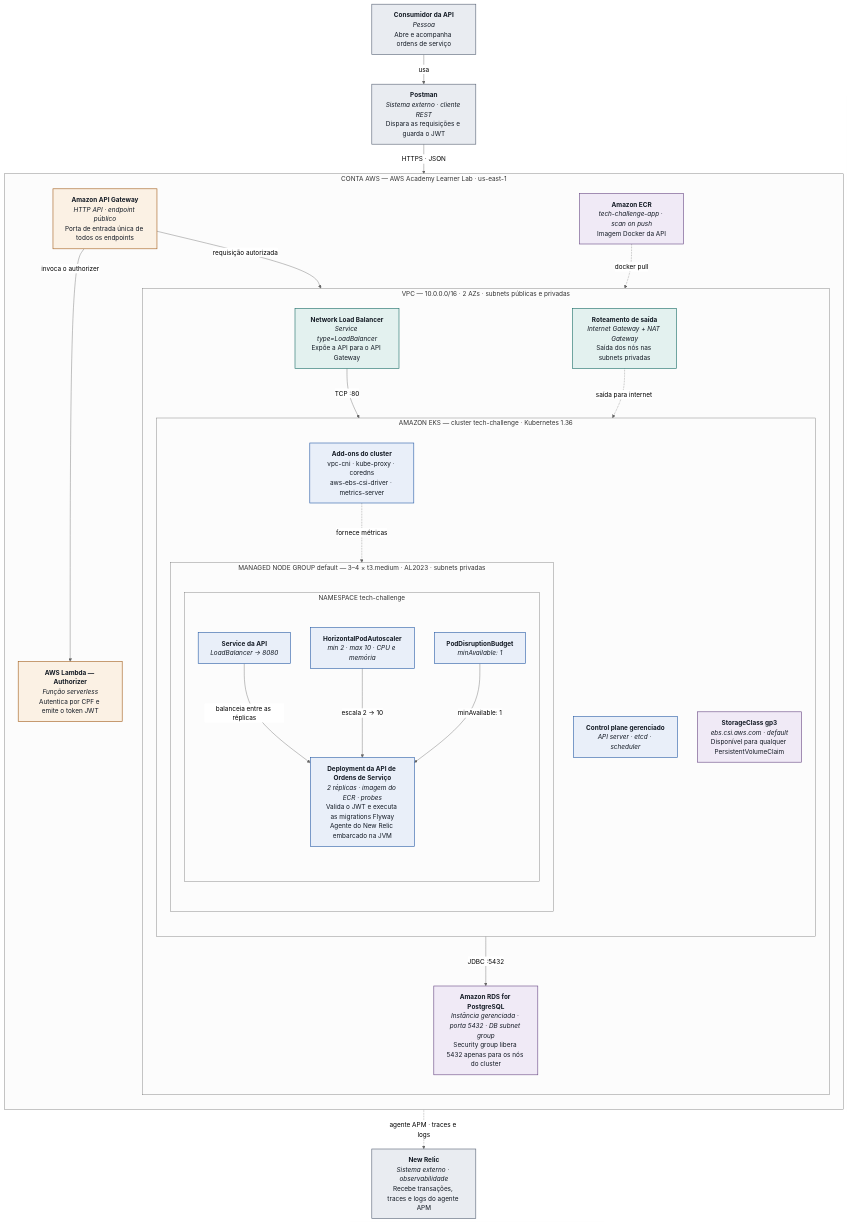
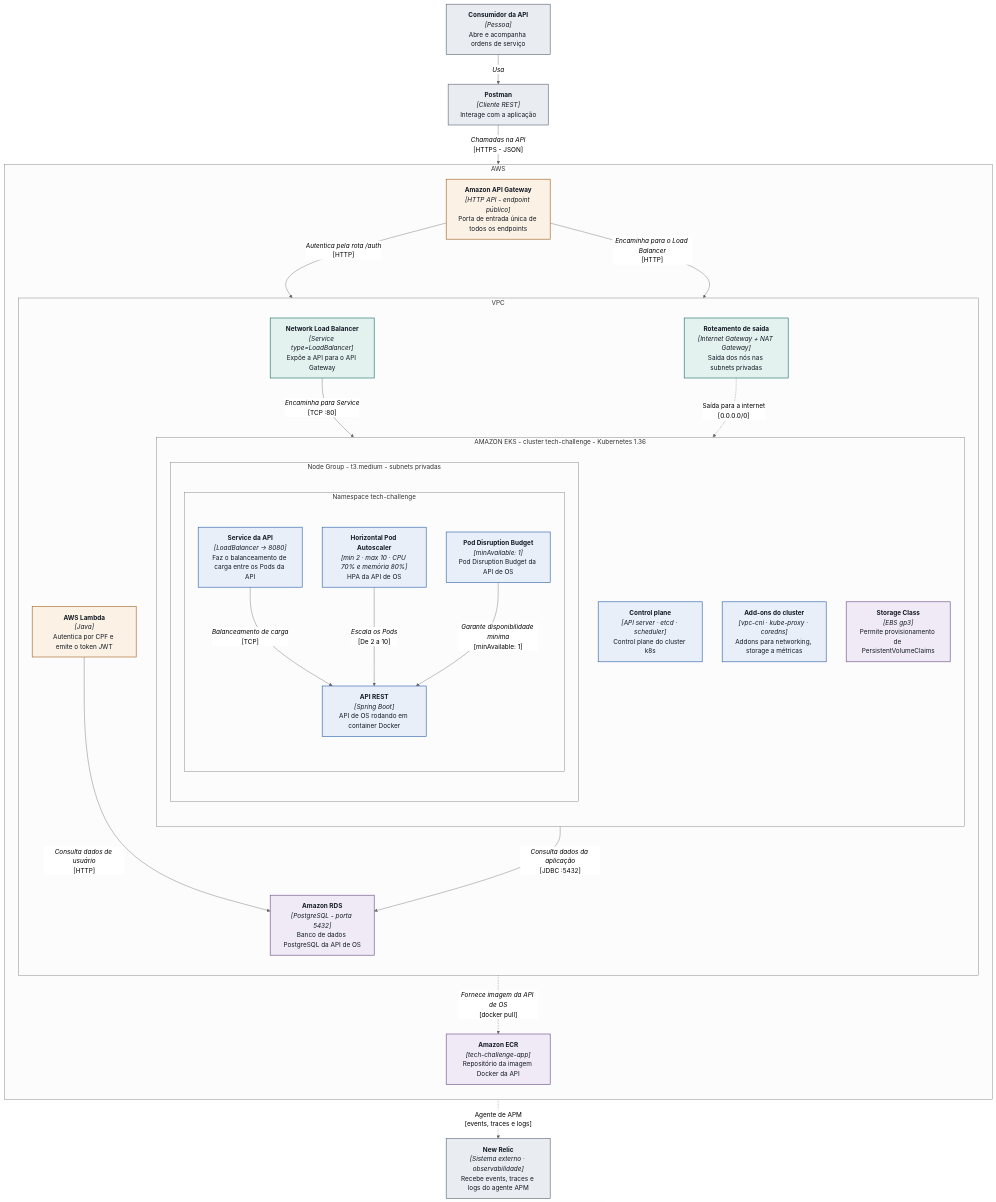
One commit to rafaelllsilva/fiap-fase3-infraestrutura changed the diagram in docs/diagrama-componentes-c4.md. Above: the diagram before and after it, drawn with Mermaid (neutral theme). The commit also changed other lines of this file, not shown here.

Commit message:
Atualizado diagrama de componentes

````diff
--- a/docs/diagrama-componentes-c4.md
+++ b/docs/diagrama-componentes-c4.md
@@ -25,69 +7,69 @@
 ```mermaid
 flowchart TB
   classDef externo    fill:#E9ECF1,stroke:#5A6577,stroke-width:1.5px,color:#131A24
   classDef borda      fill:#FBF1E4,stroke:#A4611F,stroke-width:1.5px,color:#131A24
   classDef rede       fill:#E3F1EF,stroke:#1B6E68,stroke-width:1.5px,color:#131A24
   classDef k8s        fill:#E9EFF9,stroke:#2B5FA8,stroke-width:1.5px,color:#131A24
   classDef dados      fill:#F0EAF6,stroke:#6A4A85,stroke-width:1.5px,color:#131A24
 
-  pessoa["<b>Consumidor da API</b><br/><i>Pessoa</i><br/>Abre e acompanha ordens de serviço"]
-  postman["<b>Postman</b><br/><i>Sistema externo · cliente REST</i><br/>Dispara as requisições e guarda o JWT"]
-  newrelic["<b>New Relic</b><br/><i>Sistema externo · observabilidade</i><br/>Recebe transações, traces e logs do agente APM"]
+  pessoa["<b>Consumidor da API</b><br/><i>[Pessoa]</i><br/>Abre e acompanha ordens de serviço"]
+  postman["<b>Postman</b><br/><i>[Cliente REST]</i><br/>Interage com a aplicação"]
+  newrelic["<b>New Relic</b><br/><i>[Sistema externo · observabilidade]</i><br/>Recebe events, traces e logs do agente APM"]
 
-  subgraph aws["CONTA AWS — AWS Academy Learner Lab · us-east-1"]
+  subgraph aws["AWS"]
     direction TB
 
-    apigw["<b>Amazon API Gateway</b><br/><i>HTTP API · endpoint público</i><br/>Porta de entrada única de todos os endpoints"]
-    lambda["<b>AWS Lambda — Authorizer</b><br/><i>Função serverless</i><br/>Autentica por CPF e emite o token JWT"]
-    ecr["<b>Amazon ECR</b><br/><i>tech-challenge-app · scan on push</i><br/>Imagem Docker da API"]
+    apigw["<b>Amazon API Gateway</b><br/><i>[HTTP API - endpoint público]</i><br/>Porta de entrada única de todos os endpoints"]
+    ecr["<b>Amazon ECR</b><br/><i>[tech-challenge-app]</i><br/>Repositório da imagem Docker da API"]
 
-    subgraph vpc["VPC — 10.0.0.0/16 · 2 AZs · subnets públicas e privadas"]
+    subgraph vpc["VPC"]
       direction TB
 
-      nlb["<b>Network Load Balancer</b><br/><i>Service type=LoadBalancer</i><br/>Expõe a API para o API Gateway"]
-      rota["<b>Roteamento de saída</b><br/><i>Internet Gateway + NAT Gateway</i><br/>Saída dos nós nas subnets privadas"]
-      rds["<b>Amazon RDS for PostgreSQL</b><br/><i>Instância gerenciada · porta 5432 · DB subnet group</i><br/>Security group libera 5432 apenas para os nós do cluster"]
+      nlb["<b>Network Load Balancer</b><br/><i>[Service type=LoadBalancer]</i><br/>Expõe a API para o API Gateway"]
+      rota["<b>Roteamento de saída</b><br/><i>[Internet Gateway + NAT Gateway]</i><br/>Saída dos nós nas subnets privadas"]
+      rds["<b>Amazon RDS</b><br/><i>[PostgreSQL - porta 5432]</i><br/>Banco de dados PostgreSQL da API de OS"]
+      lambda["<b>AWS Lambda</b><br/><i>[Java]</i><br/>Autentica por CPF e emite o token JWT"]
 
-      subgraph eks["AMAZON EKS — cluster tech-challenge · Kubernetes 1.36"]
+      subgraph eks["AMAZON EKS - cluster tech-challenge - Kubernetes 1.36"]
         direction TB
 
-        cp["<b>Control plane gerenciado</b><br/><i>API server · etcd · scheduler</i>"]
-        addons["<b>Add-ons do cluster</b><br/>vpc-cni · kube-proxy · coredns<br/>aws-ebs-csi-driver · metrics-server"]
-        sc["<b>StorageClass gp3</b><br/><i>ebs.csi.aws.com · default</i><br/>Disponível para qualquer PersistentVolumeClaim"]
+        cp["<b>Control plane</b><br/><i>[API server · etcd · scheduler]</i><br/>Control plane do cluster k8s"]
+        addons["<b>Add-ons do cluster</b><br/><i>[vpc-cni · kube-proxy · coredns]</i><br/>Addons para networking, storage a métricas"]
+        sc["<b>Storage Class</b><br/><i>[EBS gp3]</i><br/>Permite provisionamento de PersistentVolumeClaims"]
 
-        subgraph ng["MANAGED NODE GROUP default — 3–4 × t3.medium · AL2023 · subnets privadas"]
+        subgraph ng["Node Group - t3.medium - subnets privadas"]
           direction TB
 
-          subgraph ns["NAMESPACE tech-challenge"]
+          subgraph ns["Namespace tech-challenge"]
             direction TB
 
-            svcapi["<b>Service da API</b><br/><i>LoadBalancer → 8080</i>"]
-            hpa["<b>HorizontalPodAutoscaler</b><br/><i>min 2 · max 10 · CPU e memória</i>"]
-            pdb["<b>PodDisruptionBudget</b><br/><i>minAvailable: 1</i>"]
-            app["<b>Deployment da API de Ordens de Serviço</b><br/><i>2 réplicas · imagem do ECR · probes</i><br/>Valida o JWT e executa as migrations Flyway<br/>Agente do New Relic embarcado na JVM"]
+            svcapi["<b>Service da API</b><br/><i>[LoadBalancer → 8080]</i><br/>Faz o balanceamento de carga entre os Pods da API"]
+            hpa["<b>Horizontal Pod Autoscaler</b><br/><i>[min 2 · max 10 · CPU 70% e memória 80%]</i><br/>HPA da API de OS"]
+            pdb["<b>Pod Disruption Budget</b><br/><i>[minAvailable: 1]</i><br/>Pod Disruption Budget da API de OS"]
+            app["<b>API REST</b><br/><i>[Spring Boot]</i><br/>API de OS rodando em container Docker"]
           end
         end
       end
     end
   end
 
-  pessoa   -->|"usa"| postman
-  postman  -->|"HTTPS · JSON"| apigw
-  apigw    -->|"invoca o authorizer"| lambda
-  apigw    -->|"requisição autorizada"| nlb
-  nlb      -->|"TCP :80"| svcapi
-  svcapi   -->|"balanceia entre as réplicas"| app
-  hpa      -->|"escala 2 → 10"| app
-  pdb      -->|"minAvailable: 1"| app
-  app      -->|"JDBC :5432"| rds
-  addons   -.->|"fornece métricas"| hpa
-  ecr      -.->|"docker pull"| ng
-  rota     -.->|"saída para internet"| ng
-  app      -.->|"agente APM · traces e logs"| newrelic
+  pessoa   -->|"<i>Usa</i>"| postman
+  postman  -->|"<i>Chamadas na API</i></br>[HTTPS - JSON]"| apigw
+  apigw    -->|"<i>Autentica pela rota /auth</i></br>[HTTP]"| lambda
+  apigw    -->|"<i>Encaminha para o Load Balancer</i></br>[HTTP]"| nlb
+  lambda   -->|"<i>Consulta dados de usuário</i></br>[HTTP]"| rds
+  nlb      -->|"<i>Encaminha para Service</i></br>[TCP :80]"| svcapi
+  svcapi   -->|"<i>Balanceamento de carga</i></br>[TCP]"| app
+  hpa      -->|"<i>Escala os Pods</i></br>[De 2 a 10]"| app
+  pdb      -->|"<i>Garante disponibilidade minima</i></br>[minAvailable: 1]"| app
+  app      -->|"<i>Consulta dados da aplicação</i></br>[JDBC :5432]"| rds
+  app      -.->|"<i>Fornece imagem da API de OS</i></br>[docker pull]"| ecr
+  rota     -.->|"<i></i>Saída para a internet</br>[0.0.0.0/0]"| ng
+  app      -.->|"<i></i>Agente de APM</br>[events, traces e logs]"| newrelic
 
   class pessoa,postman,newrelic externo
   class apigw,lambda borda
   class nlb,rota rede
   class cp,addons,svcapi,hpa,pdb,app k8s
   class ecr,sc,rds dados
 ```
````
